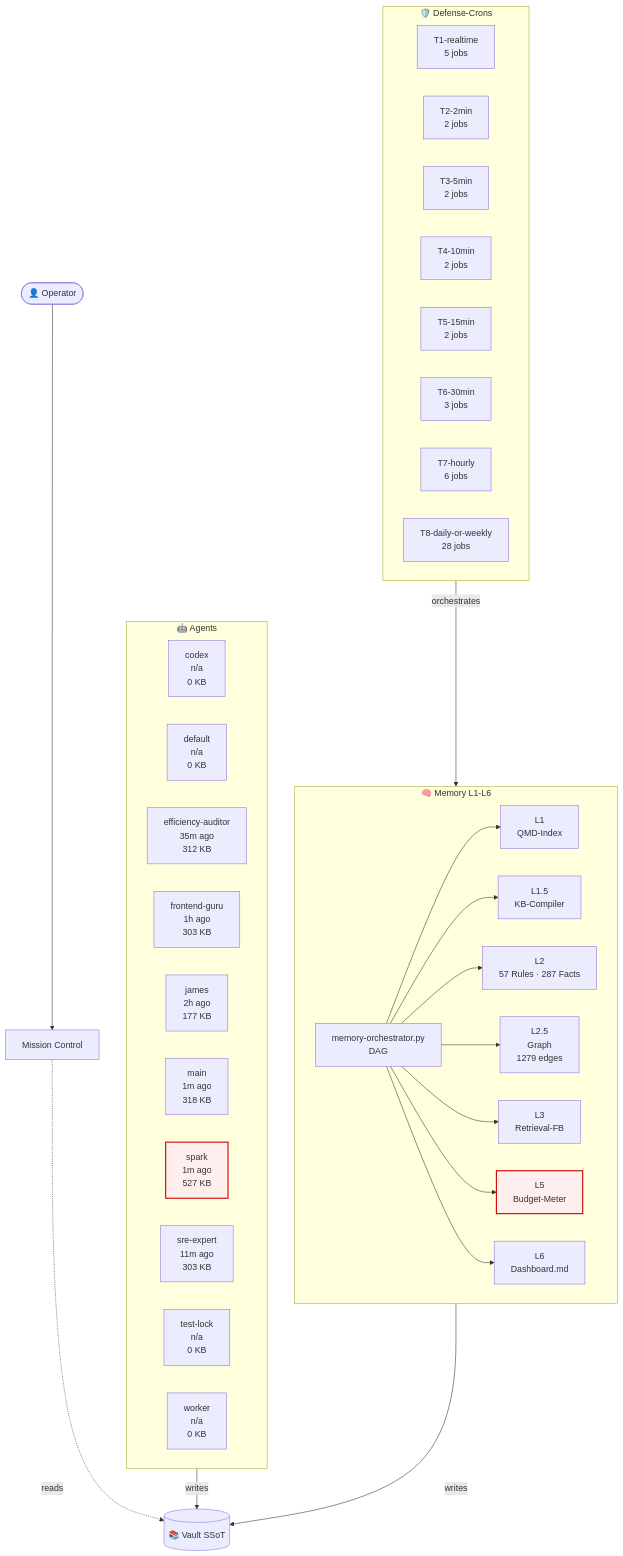
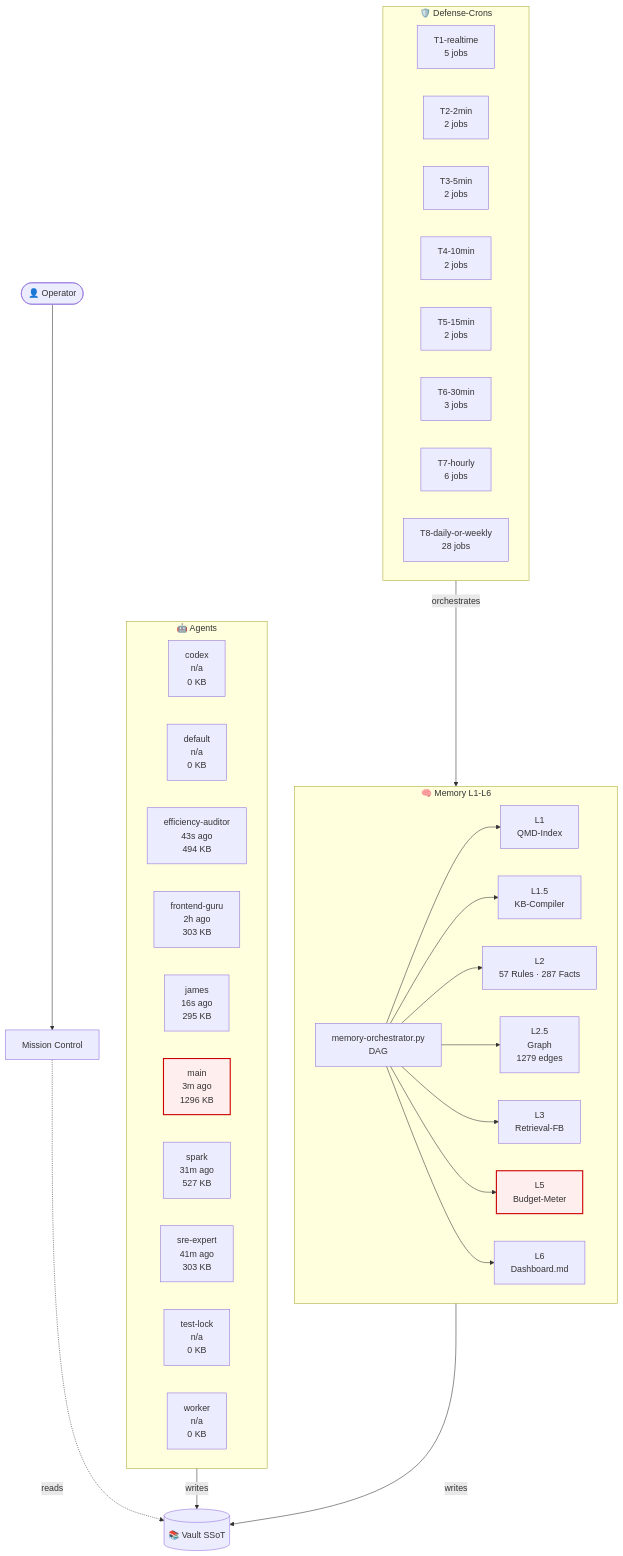
One commit to lenardhuebner88-rgb/openclaw-memory changed the diagram in 03-Agents/architecture-live.md. Above: the diagram before and after it, drawn with Mermaid. The commit also changed other lines of this file and 11 other files, not shown here.

````diff
--- a/03-Agents/architecture-live.md
+++ b/03-Agents/architecture-live.md
@@ -18,53 +18,53 @@
 ```mermaid
 flowchart TB
     classDef critical fill:#fee,stroke:#c00,stroke-width:2px;
     subgraph AGT["🤖 Agents"]
         agent_codex["codex<br/>n/a<br/>0 KB"]
         agent_default["default<br/>n/a<br/>0 KB"]
-        agent_efficiency_auditor["efficiency-auditor<br/>35m ago<br/>312 KB"]
-        agent_frontend_guru["frontend-guru<br/>1h ago<br/>303 KB"]
-        agent_james["james<br/>2h ago<br/>177 KB"]
-        agent_main["main<br/>1m ago<br/>318 KB"]
-        agent_spark["spark<br/>1m ago<br/>527 KB"]
-        agent_sre_expert["sre-expert<br/>11m ago<br/>303 KB"]
+        agent_efficiency_auditor["efficiency-auditor<br/>43s ago<br/>494 KB"]
+        agent_frontend_guru["frontend-guru<br/>2h ago<br/>303 KB"]
+        agent_james["james<br/>16s ago<br/>295 KB"]
+        agent_main["main<br/>3m ago<br/>1296 KB"]
+        agent_spark["spark<br/>31m ago<br/>527 KB"]
+        agent_sre_expert["sre-expert<br/>41m ago<br/>303 KB"]
         agent_test_lock["test-lock<br/>n/a<br/>0 KB"]
         agent_worker["worker<br/>n/a<br/>0 KB"]
     end
     subgraph MEM["🧠 Memory L1-L6"]
         L1["L1<br/>QMD-Index"]
         L15["L1.5<br/>KB-Compiler"]
         L2["L2<br/>57 Rules · 287 Facts"]
         L25["L2.5<br/>Graph<br/>1279 edges"]
         L3["L3<br/>Retrieval-FB"]
         L5["L5<br/>Budget-Meter"]
         L6["L6<br/>Dashboard.md"]
         ORCH["memory-orchestrator.py<br/>DAG"]
     end
     subgraph CRN["🛡️ Defense-Crons"]
         tier_T1_realtime["T1-realtime<br/>5 jobs"]
         tier_T2_2min["T2-2min<br/>2 jobs"]
         tier_T3_5min["T3-5min<br/>2 jobs"]
         tier_T4_10min["T4-10min<br/>2 jobs"]
         tier_T5_15min["T5-15min<br/>2 jobs"]
         tier_T6_30min["T6-30min<br/>3 jobs"]
         tier_T7_hourly["T7-hourly<br/>6 jobs"]
         tier_T8_daily_or_weekly["T8-daily-or-weekly<br/>28 jobs"]
     end
     VAULT[("📚 Vault SSoT")]
     OP([👤 Operator])
     MC["Mission Control"]
     OP --> MC
     MC -.reads.-> VAULT
     AGT -->|writes| VAULT
     MEM -->|writes| VAULT
     ORCH --> L1
     ORCH --> L15
     ORCH --> L2
     ORCH --> L25
     ORCH --> L3
     ORCH --> L5
     ORCH --> L6
     CRN -->|orchestrates| MEM
     class L5 critical
-    class agent_spark critical
+    class agent_main critical
 ```
````
